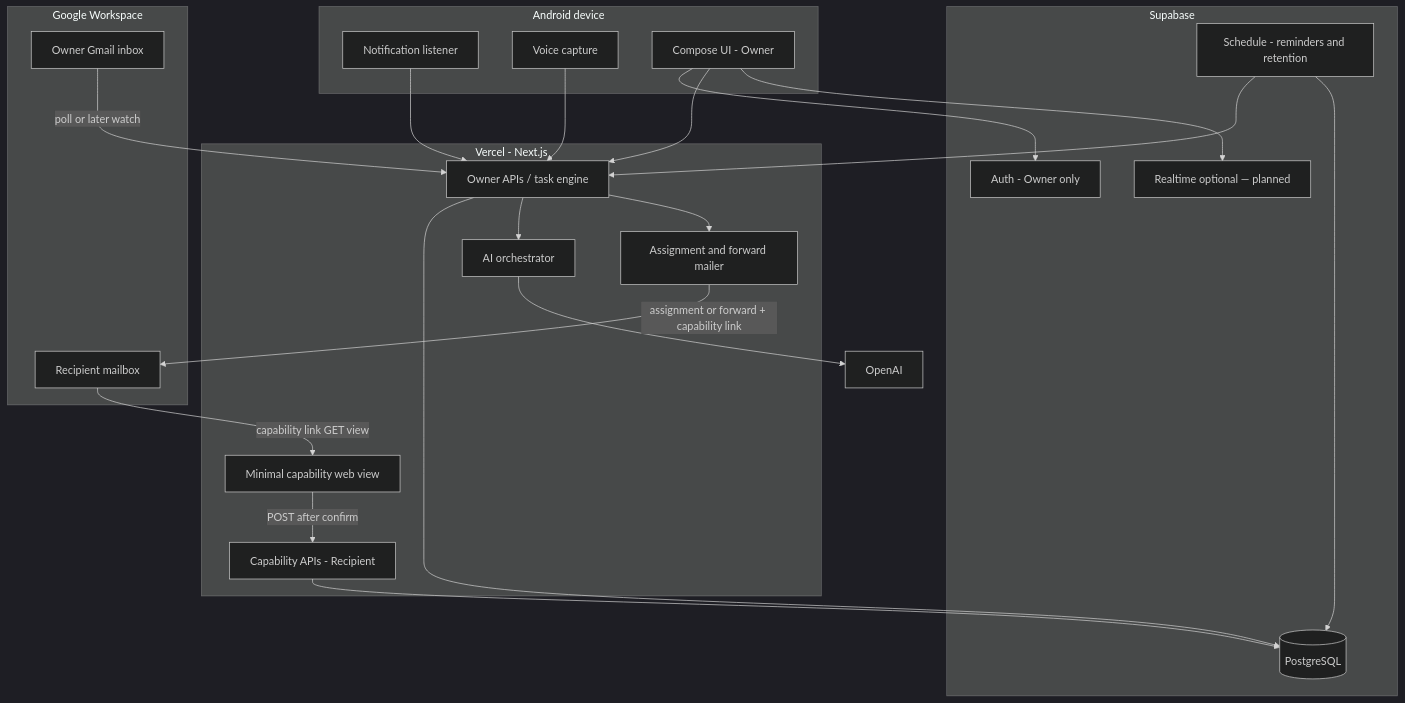
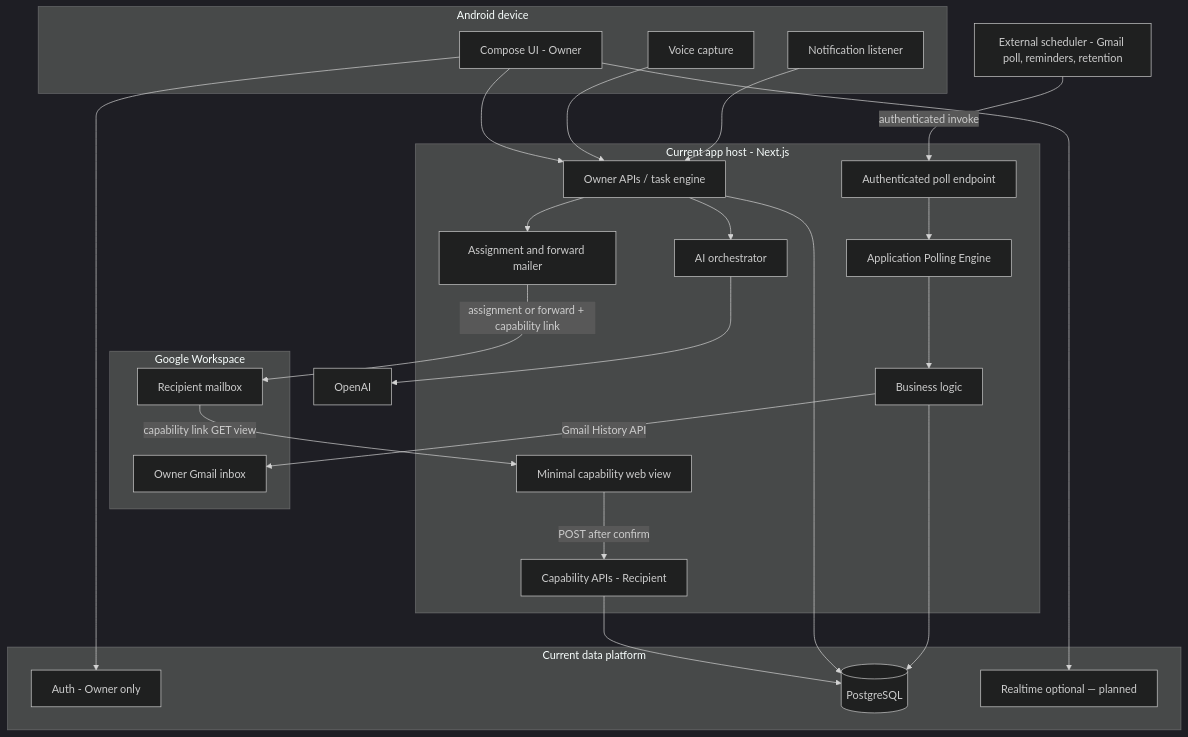
The diagram in docs/ARCHITECTURE.md (clayton-web/rocket-communicator), drawn with Mermaid (dark theme) before and after one commit. The commit also changed other lines of this file and 19 other files, not shown here.

Commit message:
fix: align external scheduling with Vercel Hobby

````diff
--- a/docs/ARCHITECTURE.md
+++ b/docs/ARCHITECTURE.md
@@ -101,48 +117,53 @@
 ```mermaid
 flowchart TB
   subgraph Device["Android device"]
     NL["Notification listener"]
     Voice["Voice capture"]
     AppUI["Compose UI - Owner"]
   end
 
   subgraph Google["Google Workspace"]
     Gmail["Owner Gmail inbox"]
     RecipientMail["Recipient mailbox"]
   end
 
-  subgraph Host["Vercel - Next.js"]
+  subgraph Host["Current app host - Next.js"]
     API["Owner APIs / task engine"]
+    PollEndpoint["Authenticated poll endpoint"]
+    PollEngine["Application Polling Engine"]
+    BusinessLogic["Business logic"]
     CapAPI["Capability APIs - Recipient"]
     CapView["Minimal capability web view"]
     AI["AI orchestrator"]
     Mailer["Assignment and forward mailer"]
   end
 
-  subgraph Data["Supabase"]
+  subgraph Data["Current data platform"]
     Auth["Auth - Owner only"]
     DB[("PostgreSQL")]
     RT["Realtime optional — planned"]
-    Cron["Schedule - reminders and retention"]
   end
 
+  Scheduler["External scheduler - Gmail poll, reminders, retention"]
   OpenAI["OpenAI"]
 
   NL --> API
   Voice --> API
   AppUI --> Auth
   AppUI --> API
   AppUI --> RT
 
-  Gmail -->|poll or later watch| API
+  Scheduler -->|authenticated invoke| PollEndpoint
+  PollEndpoint --> PollEngine
+  PollEngine --> BusinessLogic
+  BusinessLogic -->|Gmail History API| Gmail
+  BusinessLogic --> DB
   API --> DB
   API --> AI
   AI --> OpenAI
   API --> Mailer
   Mailer -->|assignment or forward + capability link| RecipientMail
   RecipientMail -->|capability link GET view| CapView
   CapView -->|POST after confirm| CapAPI
   CapAPI --> DB
-  Cron --> API
-  Cron --> DB
 ```
````
